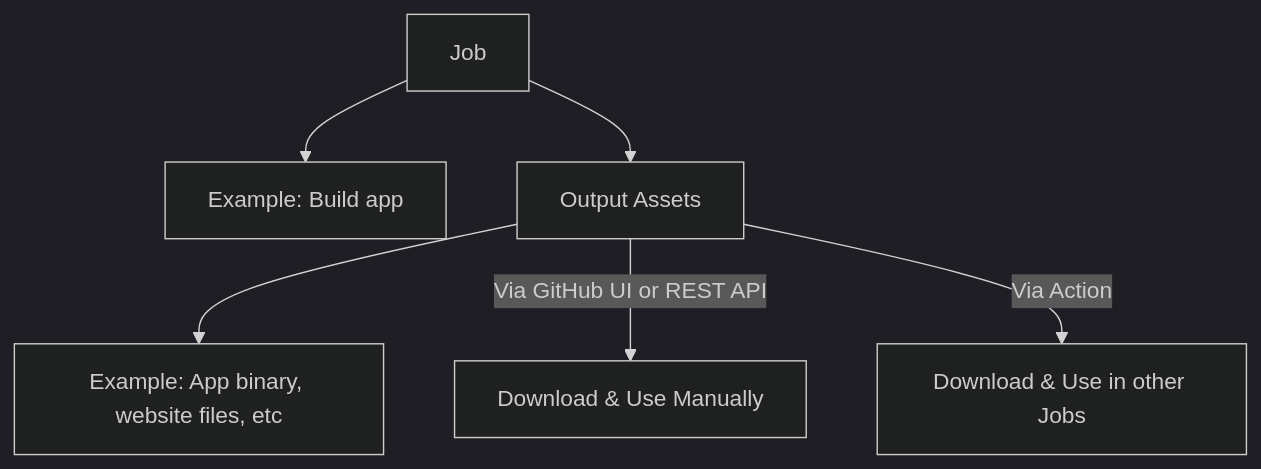
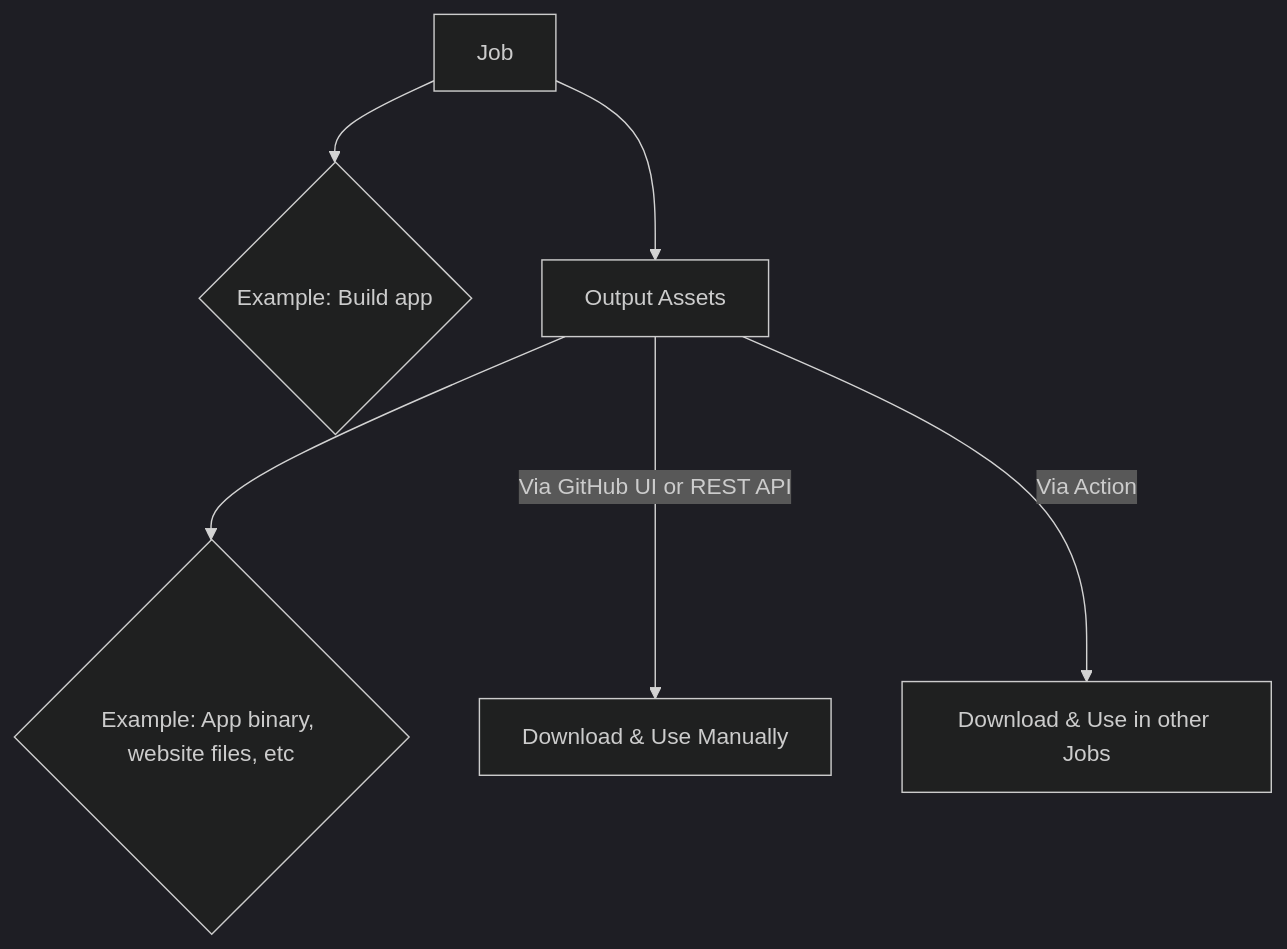
Before and after one commit to rtdevx/rtdevx.github.io: the diagram in content/posts/training/GitHub/2025-github-actions/05-artifacts-outputs/index.md, drawn with Mermaid (dark theme). The commit also changed other lines of this file, not shown here.

Commit message:
Obsidian sync: 2025-12-09 09:33:50

```diff
--- a/content/posts/training/GitHub/2025-github-actions/05-artifacts-outputs/index.md
+++ b/content/posts/training/GitHub/2025-github-actions/05-artifacts-outputs/index.md
@@ -24,8 +24,8 @@
 {{< mermaid >}}
 flowchart TD
-  A[Job] --> B[Example: Build app]
+  A[Job] --> B{Example: Build app}
   A --> C[Output Assets]
-  C --> D[Example: App binary, website files, etc]
+  C --> D{Example: App binary, website files, etc}
   C -->|Via GitHub UI or REST API| E[Download & Use Manually]
   C -->|Via Action| F[Download & Use in other Jobs]
 {{< /mermaid >}}
```
